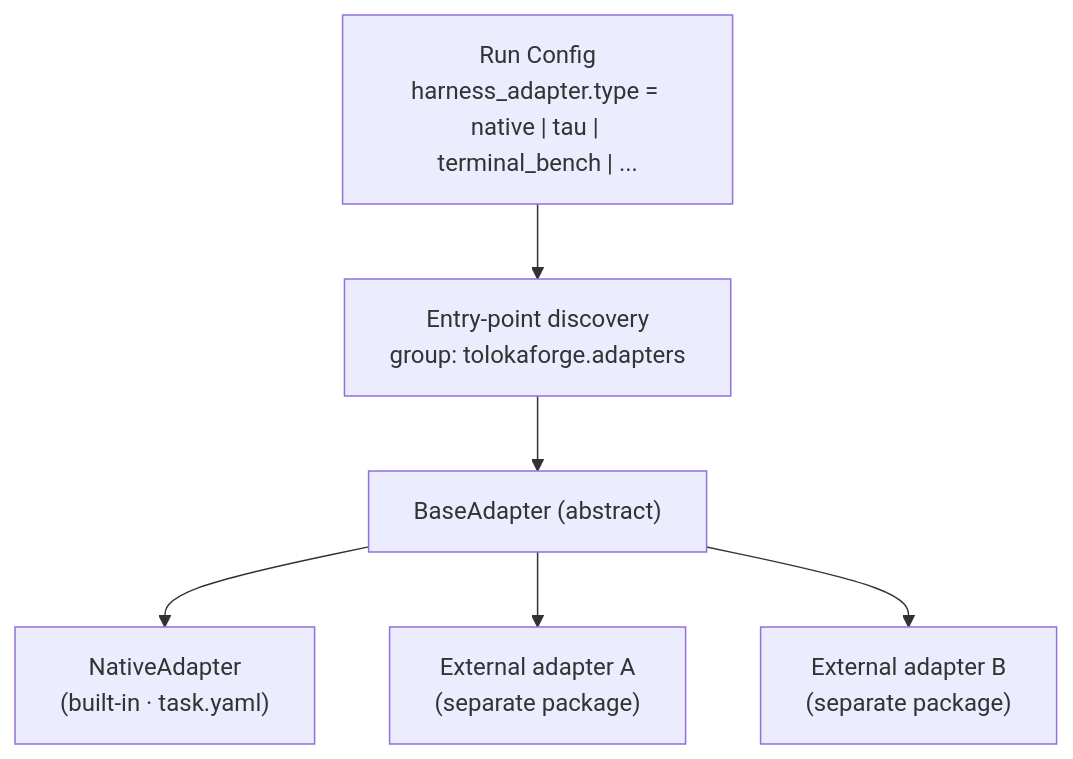
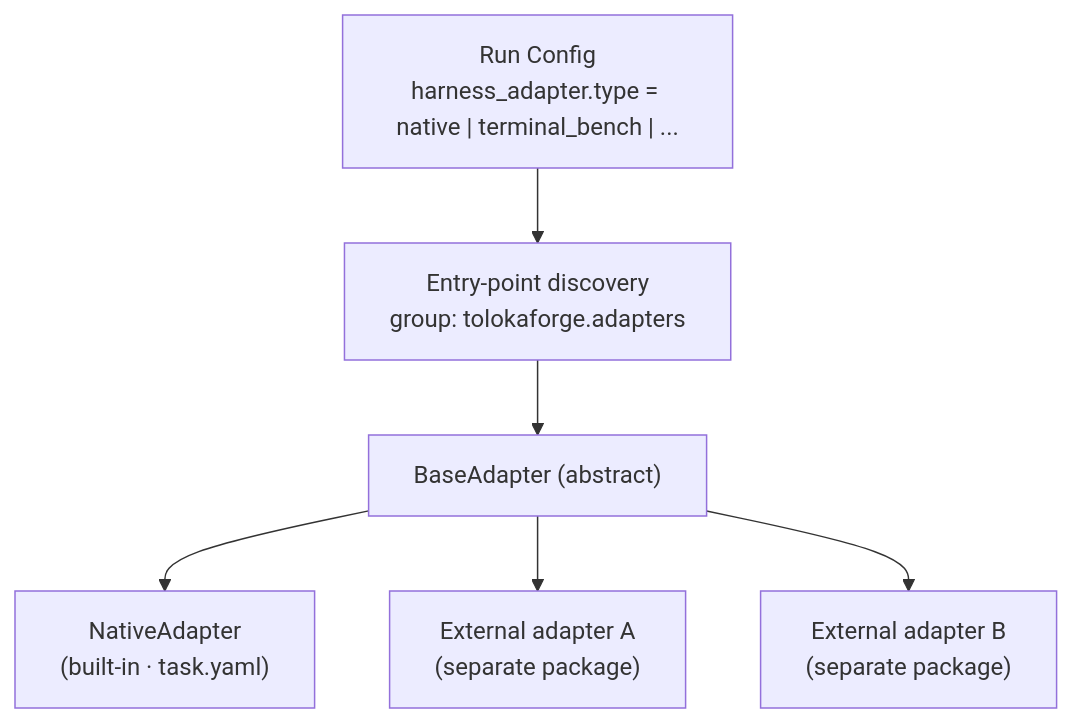
Before and after one commit to Toloka/tolokaforge: the third of 6 diagrams in docs/architecture/README.md, drawn with Mermaid. The commit also changed other lines of this file, not shown here.

First line of the commit message:
docs(architecture): align overview with actual code

````diff
--- a/docs/architecture/README.md
+++ b/docs/architecture/README.md
@@ -140,14 +152,14 @@
 ```mermaid
 flowchart TB
-    Config["Run Config<br/>harness_adapter.type = native | tau | terminal_bench | ..."]
+    Config["Run Config<br/>harness_adapter.type = native | terminal_bench | ..."]
     Disco["Entry-point discovery<br/>group: tolokaforge.adapters"]
     Base["BaseAdapter (abstract)"]
     Native["NativeAdapter<br/>(built-in · task.yaml)"]
     Ext1["External adapter A<br/>(separate package)"]
     Ext2["External adapter B<br/>(separate package)"]
 
     Config --> Disco --> Base
     Base --> Native
     Base --> Ext1
     Base --> Ext2
 ```
````
